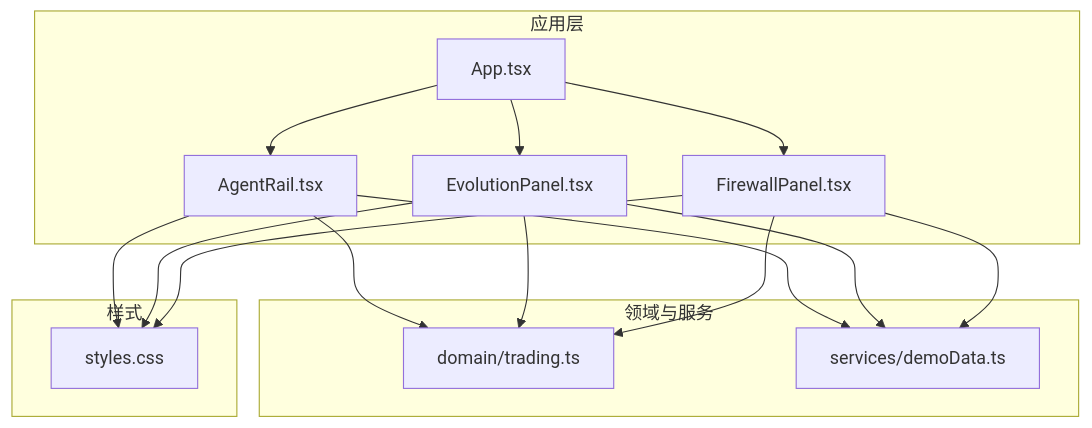
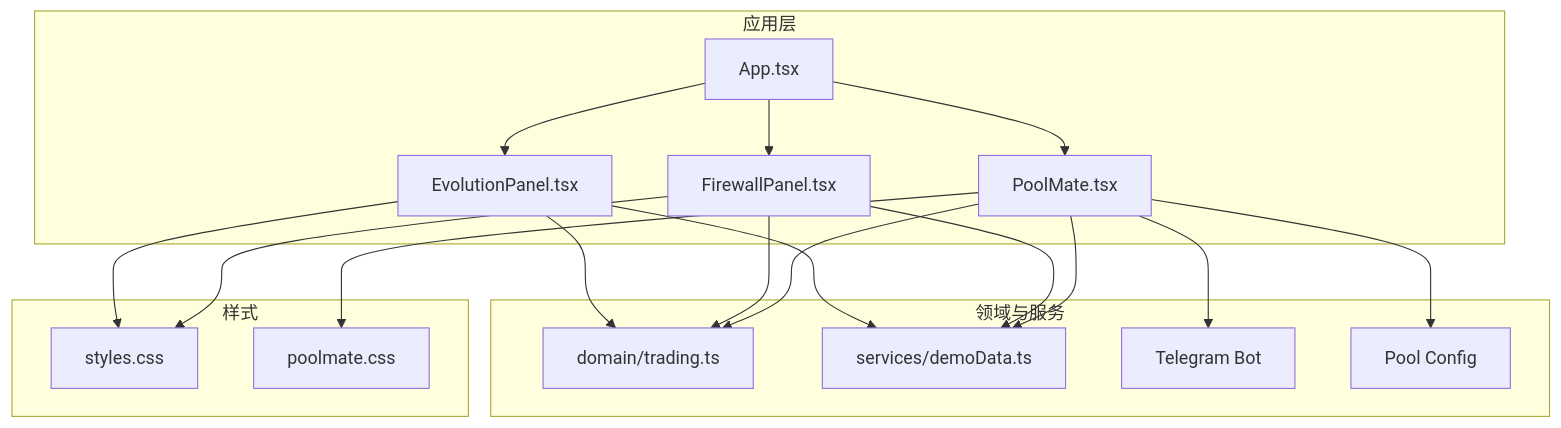
One commit to Maki3991/study-PactLedger changed the second of 6 diagrams in .qoder/repowiki/zh/content/核心组件/核心组件.md. Above: the diagram before and after it, drawn with Mermaid. The commit also changed other lines of this file and 8 other files, not shown here.

````diff
--- a/.qoder/repowiki/zh/content/核心组件/核心组件.md
+++ b/.qoder/repowiki/zh/content/核心组件/核心组件.md
@@ -82,28 +95,33 @@
 ```mermaid
 graph TB
 subgraph "应用层"
 App["App.tsx"]
-AR["AgentRail.tsx"]
 EP["EvolutionPanel.tsx"]
 FP["FirewallPanel.tsx"]
+PM["PoolMate.tsx"]
 end
 subgraph "领域与服务"
 DM["domain/trading.ts"]
 DD["services/demoData.ts"]
+TB["Telegram Bot"]
+PC["Pool Config"]
 end
 subgraph "样式"
 CSS["styles.css"]
+PMC["poolmate.css"]
 end
-App --> AR
 App --> EP
 App --> FP
-AR --> DM
+App --> PM
 EP --> DM
 FP --> DM
-AR --> DD
+PM --> DM
 EP --> DD
 FP --> DD
-AR --> CSS
+PM --> DD
 EP --> CSS
 FP --> CSS
+PM --> PMC
+PM --> TB
+PM --> PC
 ```
````
